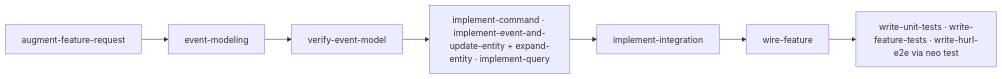
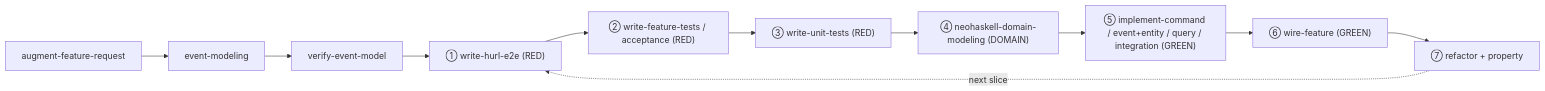
Before and after one commit to neohaskell/skills: the diagram in prompt.md, drawn with Mermaid. The commit also changed other lines of this file and 2 other files, not shown here.

First paragraph of the commit message:
docs: flip pipeline to outside-in TDD; add tdd + domain-modeling skills
Adopt jwilger's outside-in, black-box TDD as the per-slice development
process (design first, then RED -> DOMAIN -> GREEN -> DOMAIN -> REFACTOR):

````diff
--- a/prompt.md
+++ b/prompt.md
@@ -88,7 +91,9 @@
 ```mermaid
 flowchart LR
     A["augment-feature-request"] --> M["event-modeling"] --> V["verify-event-model"]
-    V --> I["implement-command · implement-event-and-update-entity + expand-entity · implement-query"]
-    I --> II["implement-integration"] --> W["wire-feature"]
-    W --> T["write-unit-tests · write-feature-tests · write-hurl-e2e via neo test"]
+    V --> HE["① write-hurl-e2e (RED)"] --> FT["② write-feature-tests / acceptance (RED)"]
+    FT --> UT["③ write-unit-tests (RED)"] --> DM["④ neohaskell-domain-modeling (DOMAIN)"]
+    DM --> IMPL["⑤ implement-command / event+entity / query / integration (GREEN)"]
+    IMPL --> W["⑥ wire-feature (GREEN)"] --> RF["⑦ refactor + property"]
+    RF -.->|next slice| HE
 ```
````
